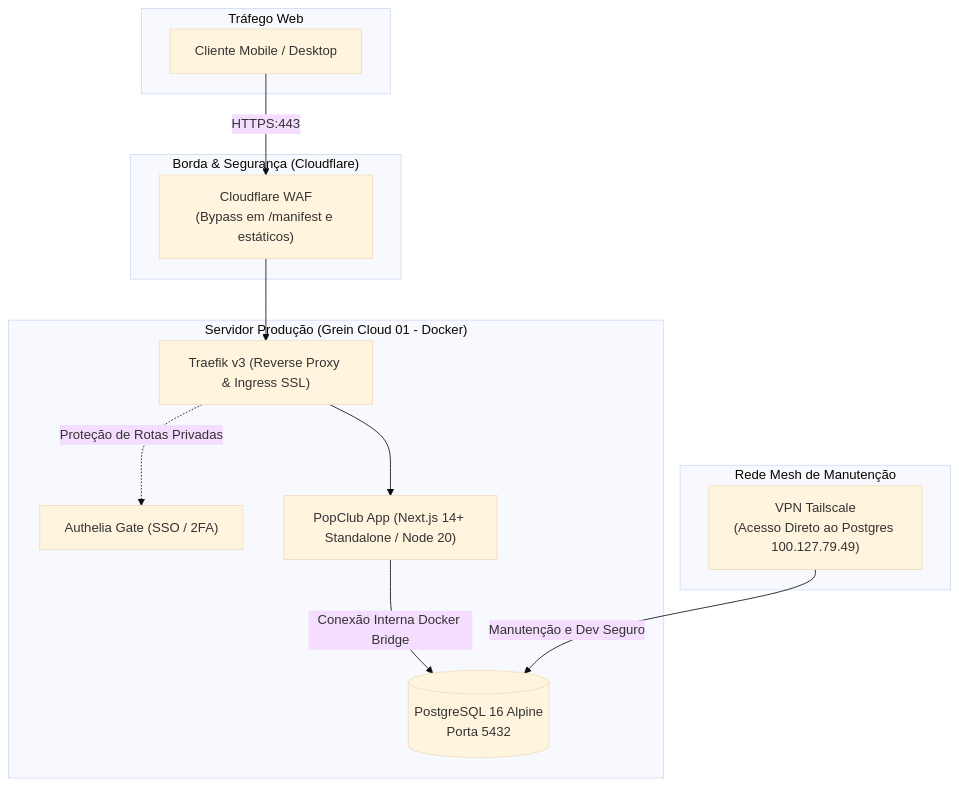
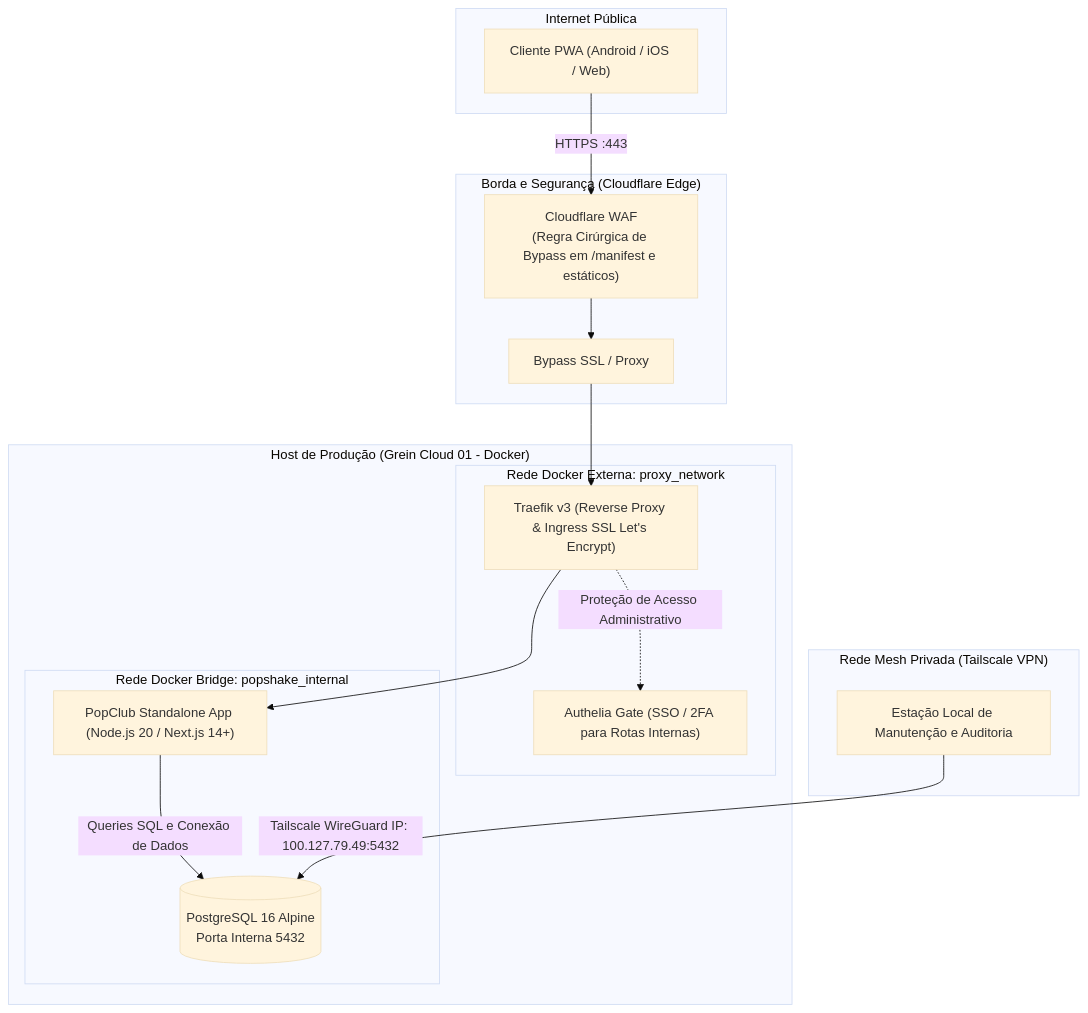
The fourth of 5 diagrams in docs/DOCUMENTO_LEVANTAMENTO_REQUISITOS.md (WiltonGabriel/PopClub), drawn with Mermaid (base theme) before and after one commit. The commit also changed other lines of this file, not shown here.

````diff
--- a/docs/DOCUMENTO_LEVANTAMENTO_REQUISITOS.md
+++ b/docs/DOCUMENTO_LEVANTAMENTO_REQUISITOS.md
@@ -206,28 +251,35 @@
 ```mermaid
 flowchart TD
-    subgraph Internet ["Tráfego Web"]
-        ClientWeb["Cliente Mobile / Desktop"]
+    subgraph TrafegoWeb ["Internet Pública"]
+        ClienteFinal["Cliente PWA (Android / iOS / Web)"]
     end
 
-    subgraph EdgeLayer ["Borda & Segurança (Cloudflare)"]
-        WAF["Cloudflare WAF\n(Bypass em /manifest e estáticos)"]
+    subgraph BordaCloudflare ["Borda e Segurança (Cloudflare Edge)"]
+        CF_WAF["Cloudflare WAF\n(Regra Cirúrgica de Bypass em /manifest e estáticos)"]
+        CF_SSL["Bypass SSL / Proxy"]
     end
 
-    subgraph ServerHost ["Servidor Produção (Grein Cloud 01 - Docker)"]
-        Traefik["Traefik v3 (Reverse Proxy & Ingress SSL)"]
-        Authelia["Authelia Gate (SSO / 2FA)"]
-        NextApp["PopClub App (Next.js 14+ Standalone / Node 20)"]
-        Postgres[("PostgreSQL 16 Alpine\nPorta 5432")]
+    subgraph ServidorProducao ["Host de Produção (Grein Cloud 01 - Docker)"]
+        subgraph RedeProxy ["Rede Docker Externa: proxy_network"]
+            Traefik["Traefik v3 (Reverse Proxy & Ingress SSL Let's Encrypt)"]
+            Authelia["Authelia Gate (SSO / 2FA para Rotas Internas)"]
+        end
+
+        subgraph RedeApp ["Rede Docker Bridge: popshake_internal"]
+            AppNext["PopClub Standalone App (Node.js 20 / Next.js 14+)"]
+            BancoPostgres[("PostgreSQL 16 Alpine\nPorta Interna 5432")]
+        end
     end
 
-    subgraph AdminDev ["Rede Mesh de Manutenção"]
-        Tailscale["VPN Tailscale\n(Acesso Direto ao Postgres 100.127.79.49)"]
+    subgraph ManutencaoSegura ["Rede Mesh Privada (Tailscale VPN)"]
+        DevOpsAdmin["Estação Local de Manutenção e Auditoria"]
     end
 
-    ClientWeb -->|"HTTPS:443"| WAF
-    WAF --> Traefik
-    Traefik --> NextApp
-    Traefik -.->|"Proteção de Rotas Privadas"| Authelia
-    NextApp -->|"Conexão Interna Docker Bridge"| Postgres
-    Tailscale -->|"Manutenção e Dev Seguro"| Postgres
+    ClienteFinal -->|"HTTPS :443"| CF_WAF
+    CF_WAF --> CF_SSL
+    CF_SSL --> Traefik
+    Traefik --> AppNext
+    Traefik -.->|"Proteção de Acesso Administrativo"| Authelia
+    AppNext -->|"Queries SQL e Conexão de Dados"| BancoPostgres
+    DevOpsAdmin -->|"Tailscale WireGuard IP: 100.127.79.49:5432"| BancoPostgres
 ```
````
